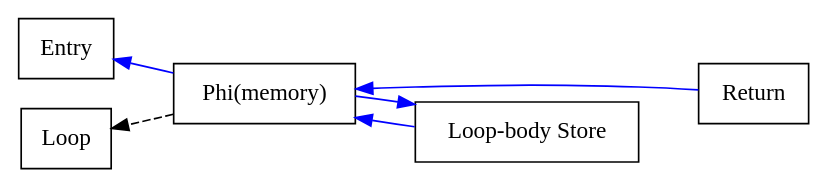
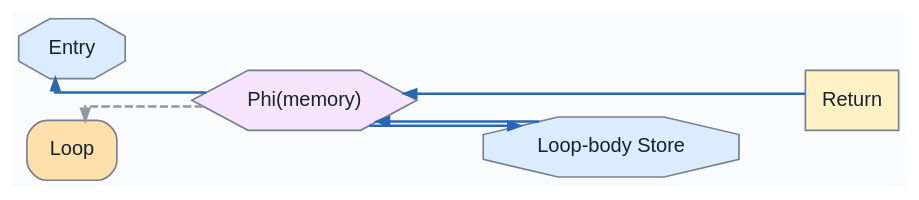
One commit to SeaOfNodes/Simple changed the diagram in chapter10a/docs/example2b.gv. Above: the diagram before and after it, drawn with Graphviz. The commit also changed 175 other files, not shown here.

```diff
--- a/chapter10a/docs/example2b.gv
+++ b/chapter10a/docs/example2b.gv
@@ -1,11 +1,19 @@
 digraph Memory {
+  // IR styles match graph/web/render.js; arrows are use -> definition.
+  graph [bgcolor="#fafbfc" fontname="Helvetica" nodesep=0.35 ranksep=0.55 splines=ortho];
+  node [fontname="Helvetica" fontsize=12 color="#758191" fontcolor="#152330" shape=box style="rounded,filled" fillcolor="#edf3f7"];
+  edge [fontname="Helvetica" fontsize=9 color="#536477" fontcolor="#364352" arrowsize=0.7 penwidth=1.5];
+
   rankdir=RL;
-  node [shape=box];
-  P [label="Phi(memory)"];
-  S [label="Loop-body Store"];
-  P -> Entry [color=blue];
-  P -> S [color=blue,constraint=false]; // Backedge must not place Store before Phi.
-  S -> P [color=blue];
-  P -> Loop [style=dashed]; Return -> P [color=blue];
+
+  P [label="Phi(memory)" shape=hexagon style="filled" fillcolor="#f5e4fa"];
+  S [label="Loop-body Store" shape=octagon style="filled" fillcolor="#dcecff"];
+  P -> Entry [color="#2867b2"];
+  P -> S [color="#2867b2",constraint=false]; // Backedge must not place Store before Phi.
+  S -> P [color="#2867b2"];
+  P -> Loop [style=dashed,color="#9396a3"]; Return -> P [color="#2867b2"];
   Return -> S [style=invis]; // Layout only: Phi, Store, Return from left to right.
+  Return [shape=box style="filled" fillcolor="#fff1c4"];
+  Entry [shape=octagon style="filled" fillcolor="#dcecff"];
+  Loop [shape=box style="rounded,filled" fillcolor="#ffe0ab"];
 }
```
